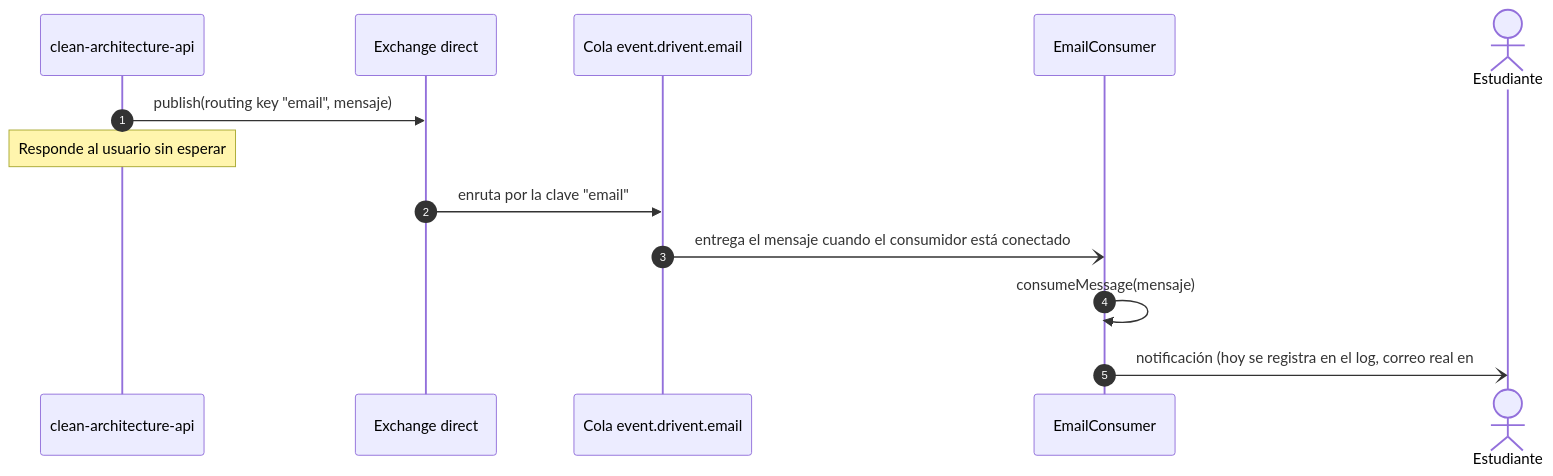
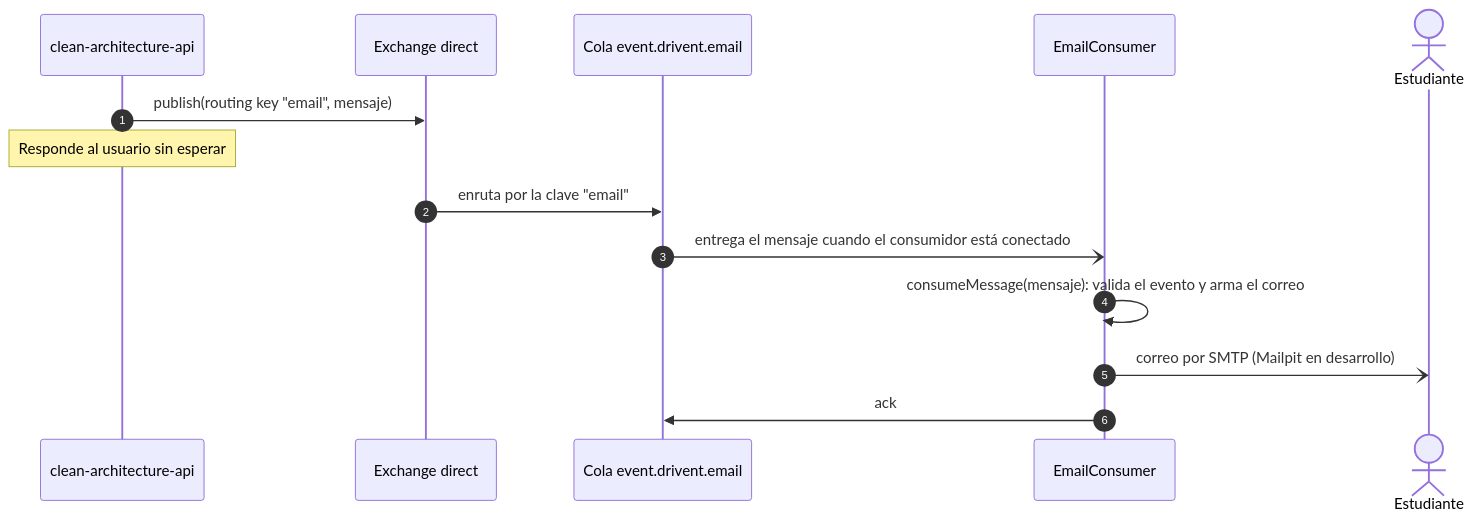
Before and after one commit to SemilleroSOLID/clean-architecture-notification: the second of 4 diagrams in README.md, drawn with Mermaid. The commit also changed other lines of this file and 19 other files, not shown here.

Commit message:
feat: send the student a real email for each request state change (closes SemilleroSOLID/clean-architecture-api#21)

````diff
--- a/README.md
+++ b/README.md
@@ -73,16 +78,17 @@
 ```mermaid
 sequenceDiagram
     autonumber
     participant API as clean-architecture-api
     participant EX as Exchange direct
     participant Q as Cola event.drivent.email
     participant C as EmailConsumer
     actor Est as Estudiante
 
     API->>EX: publish(routing key "email", mensaje)
     Note over API: Responde al usuario sin esperar
     EX->>Q: enruta por la clave "email"
     Q-)C: entrega el mensaje cuando el consumidor está conectado
-    C->>C: consumeMessage(mensaje)
-    C-)Est: notificación (hoy se registra en el log, correo real en #21)
+    C->>C: consumeMessage(mensaje): valida el evento y arma el correo
+    C-)Est: correo por SMTP (Mailpit en desarrollo)
+    C->>Q: ack
 ```
````
